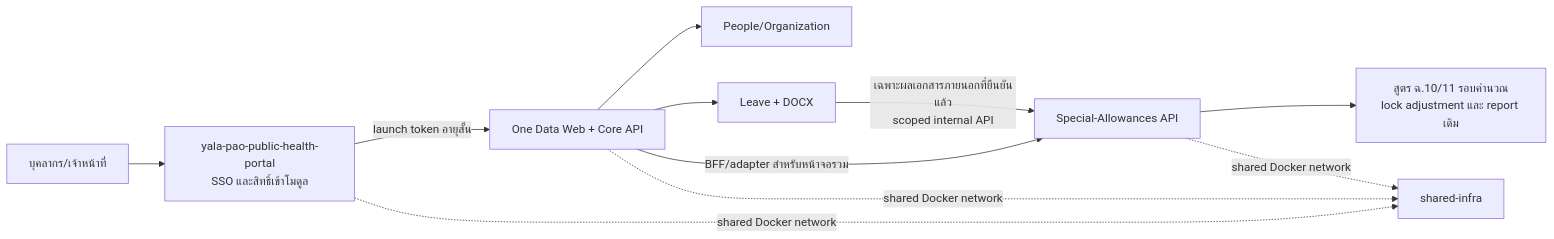
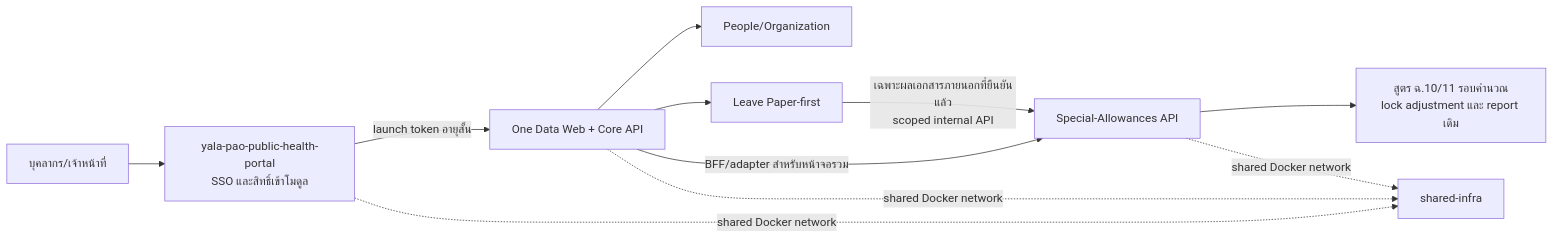
One commit to sarifmanung/One-Data-System-YalaPao changed the second of 14 diagrams in One Data System - Reimplementation Blueprint.md. Above: the diagram before and after it, drawn with Mermaid. The commit also changed other lines of this file and 4 other files, not shown here.

````diff
--- a/One Data System - Reimplementation Blueprint.md
+++ b/One Data System - Reimplementation Blueprint.md
@@ -129,13 +133,13 @@
 ```mermaid
 flowchart LR
     User[บุคลากร/เจ้าหน้าที่] --> Portal[yala-pao-public-health-portal\nSSO และสิทธิ์เข้าโมดูล]
     Portal -->|launch token อายุสั้น| OneData[One Data Web + Core API]
     OneData --> People[People/Organization]
-    OneData --> Leave[Leave + DOCX]
+    OneData --> Leave[Leave Paper-first]
     Leave -->|เฉพาะผลเอกสารภายนอกที่ยืนยันแล้ว\nscoped internal API| Special[Special-Allowances API]
     OneData -->|BFF/adapter สำหรับหน้าจอรวม| Special
     Special --> Calc[สูตร ฉ.10/11 รอบคำนวณ\nlock adjustment และ report เดิม]
     OneData -. shared Docker network .-> Infra[shared-infra]
     Special -. shared Docker network .-> Infra
     Portal -. shared Docker network .-> Infra
 ```
````
